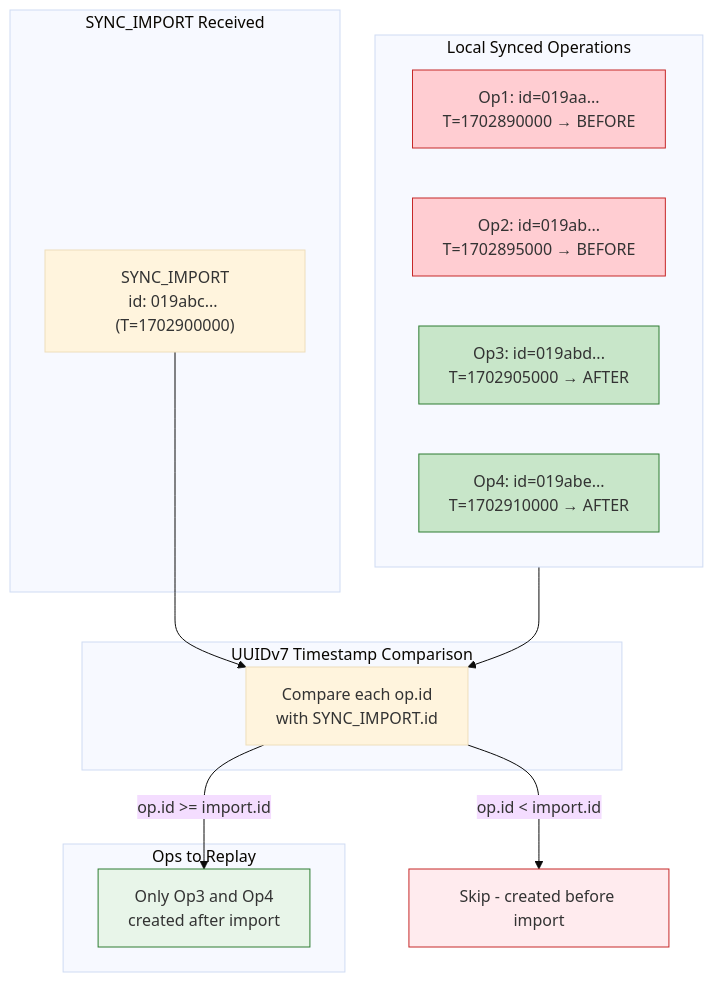
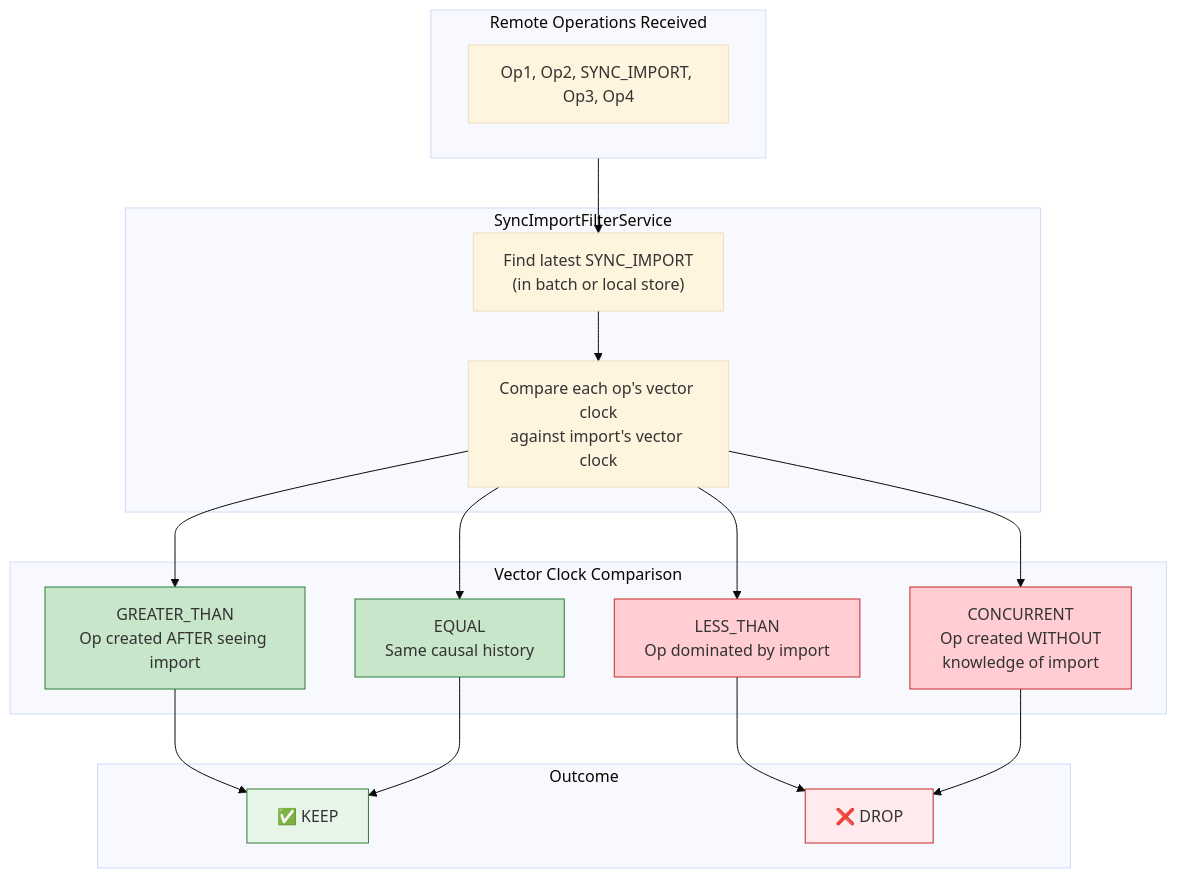
Before and after one commit to johannesjo/super-productivity: the fifth of 37 diagrams in docs/sync-and-op-log/operation-log-architecture-diagrams.md, drawn with Mermaid (base theme). The commit also changed other lines of this file and 1 other file, not shown here.

First line of the commit message:
docs: fix SYNC_IMPORT filtering section to match implementation

````diff
--- a/docs/sync-and-op-log/operation-log-architecture-diagrams.md
+++ b/docs/sync-and-op-log/operation-log-architecture-diagrams.md
@@ -450,33 +451,42 @@
 ```mermaid
 flowchart TD
-    subgraph Input["SYNC_IMPORT Received"]
-        SI["SYNC_IMPORT<br/>id: 019abc... (T=1702900000)"]
+    subgraph Input["Remote Operations Received"]
+        Ops["Op1, Op2, SYNC_IMPORT, Op3, Op4"]
     end
 
-    subgraph LocalOps["Local Synced Operations"]
-        Op1["Op1: id=019aa...<br/>T=1702890000 → BEFORE"]
-        Op2["Op2: id=019ab...<br/>T=1702895000 → BEFORE"]
-        Op3["Op3: id=019abd...<br/>T=1702905000 → AFTER"]
-        Op4["Op4: id=019abe...<br/>T=1702910000 → AFTER"]
+    subgraph Filter["SyncImportFilterService"]
+        FindImport["Find latest SYNC_IMPORT<br/>(in batch or local store)"]
+        Compare["Compare each op's vector clock<br/>against import's vector clock"]
     end
 
-    subgraph Filter["UUIDv7 Timestamp Comparison"]
-        Check["Compare each op.id<br/>with SYNC_IMPORT.id"]
+    subgraph Results["Vector Clock Comparison"]
+        GT["GREATER_THAN<br/>Op created AFTER seeing import"]
+        EQ["EQUAL<br/>Same causal history"]
+        LT["LESS_THAN<br/>Op dominated by import"]
+        CC["CONCURRENT<br/>Op created WITHOUT<br/>knowledge of import"]
     end
 
-    subgraph Result["Ops to Replay"]
-        Replay["Only Op3 and Op4<br/>created after import"]
+    subgraph Outcome["Outcome"]
+        Keep["✅ KEEP"]
+        Drop["❌ DROP"]
     end
 
-    SI --> Check
-    LocalOps --> Check
-    Check --> |"op.id < import.id"| Skip["Skip - created before import"]
-    Check --> |"op.id >= import.id"| Replay
+    Input --> FindImport
+    FindImport --> Compare
+    Compare --> GT
+    Compare --> EQ
+    Compare --> LT
+    Compare --> CC
 
-    style Op1 fill:#ffcdd2,stroke:#c62828
-    style Op2 fill:#ffcdd2,stroke:#c62828
-    style Op3 fill:#c8e6c9,stroke:#2e7d32
-    style Op4 fill:#c8e6c9,stroke:#2e7d32
-    style Skip fill:#ffebee,stroke:#c62828
-    style Replay fill:#e8f5e9,stroke:#2e7d32
+    GT --> Keep
+    EQ --> Keep
+    LT --> Drop
+    CC --> Drop
+
+    style GT fill:#c8e6c9,stroke:#2e7d32
+    style EQ fill:#c8e6c9,stroke:#2e7d32
+    style LT fill:#ffcdd2,stroke:#c62828
+    style CC fill:#ffcdd2,stroke:#c62828
+    style Keep fill:#e8f5e9,stroke:#2e7d32
+    style Drop fill:#ffebee,stroke:#c62828
 ```
````
